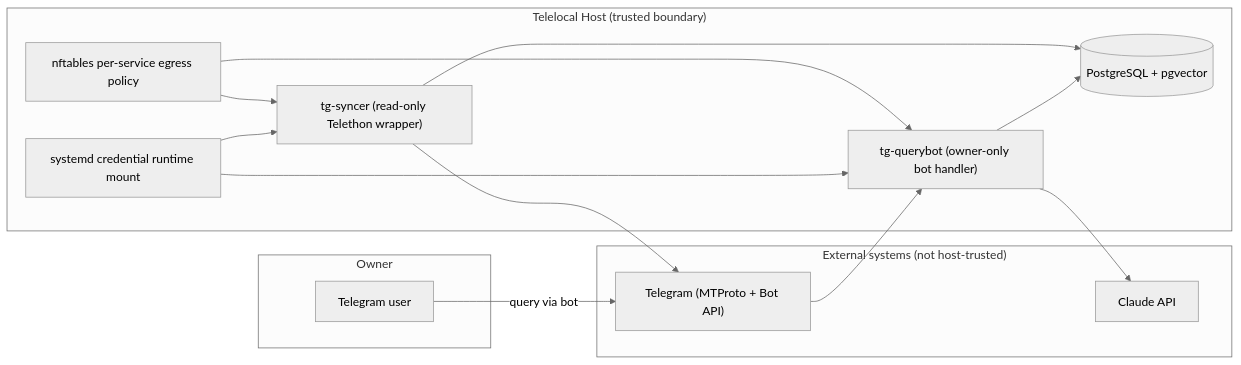
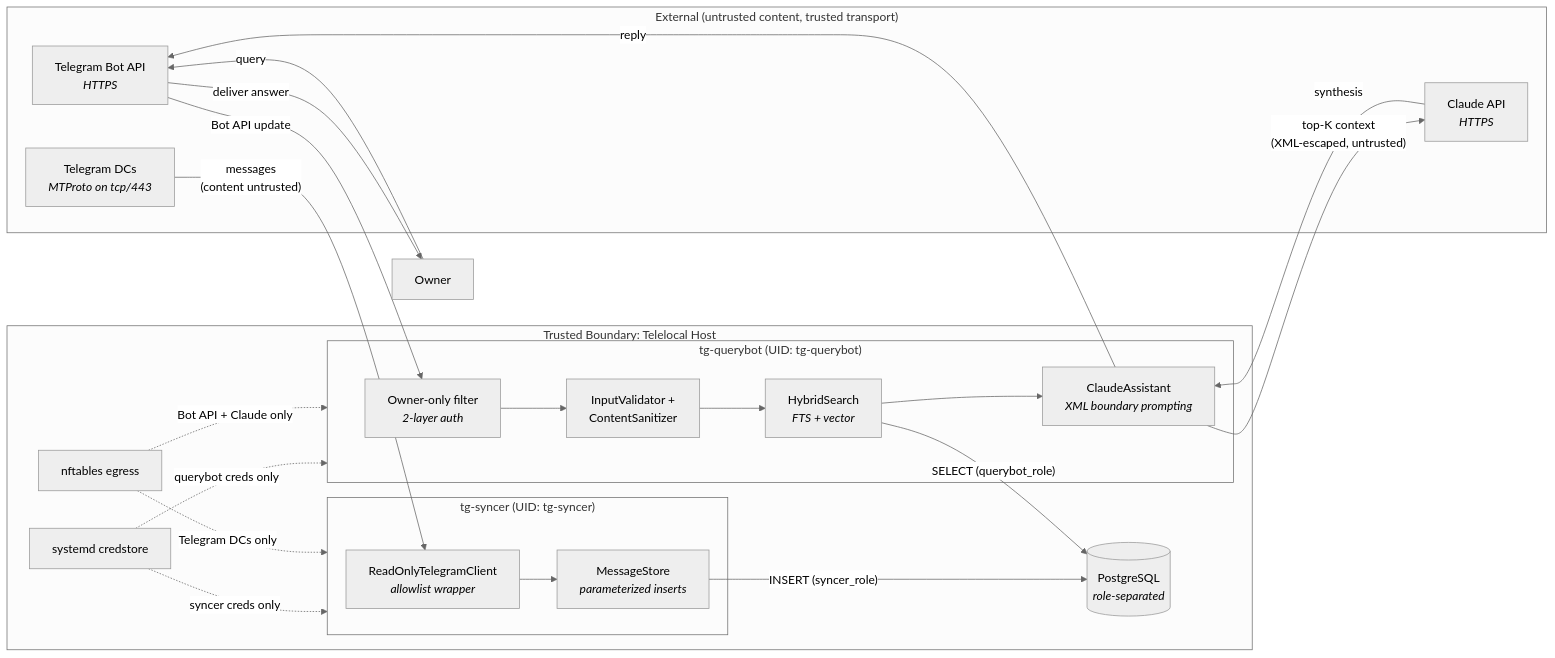
One commit to obheda12/telelocal changed the first of 7 diagrams in tg-assistant/docs/SECURITY_MODEL.md. Above: the diagram before and after it, drawn with Mermaid (neutral theme). The commit also changed other lines of this file, not shown here.

First line of the commit message:
Rewrite security threat model with architectural depth and structural improvements

````diff
--- a/tg-assistant/docs/SECURITY_MODEL.md
+++ b/tg-assistant/docs/SECURITY_MODEL.md
@@ -107,30 +131,46 @@
 ```mermaid
 flowchart LR
-    subgraph Owner["Owner"]
-        U["Telegram user"]
+    subgraph EXTERNAL["External (untrusted content, trusted transport)"]
+        TG_DC["Telegram DCs<br/><i>MTProto on tcp/443</i>"]
+        TG_BOT["Telegram Bot API<br/><i>HTTPS</i>"]
+        CLAUDE["Claude API<br/><i>HTTPS</i>"]
     end
 
-    subgraph Host["Telelocal Host (trusted boundary)"]
-        S["tg-syncer (read-only Telethon wrapper)"]
-        Q["tg-querybot (owner-only bot handler)"]
-        DB[("PostgreSQL + pgvector")]
-        CRED["systemd credential runtime mount"]
-        NFT["nftables per-service egress policy"]
+    subgraph HOST["Trusted Boundary: Telelocal Host"]
+        subgraph SYNCER["tg-syncer (UID: tg-syncer)"]
+            RO["ReadOnlyTelegramClient<br/><i>allowlist wrapper</i>"]
+            STORE["MessageStore<br/><i>parameterized inserts</i>"]
+        end
+
+        subgraph QUERYBOT["tg-querybot (UID: tg-querybot)"]
+            FILTER["Owner-only filter<br/><i>2-layer auth</i>"]
+            SAFETY["InputValidator +<br/>ContentSanitizer"]
+            SEARCH["HybridSearch<br/><i>FTS + vector</i>"]
+            LLM["ClaudeAssistant<br/><i>XML boundary prompting</i>"]
+        end
+
+        DB[("PostgreSQL<br/><i>role-separated</i>")]
+        CRED["systemd credstore"]
+        NFT["nftables egress"]
     end
 
-    subgraph External["External systems (not host-trusted)"]
-        TG["Telegram (MTProto + Bot API)"]
-        CL["Claude API"]
-    end
+    U["Owner"] -->|"query"| TG_BOT
 
-    U -->|"query via bot"| TG
-    TG --> Q
-    Q --> DB
-    Q --> CL
-    S --> TG
-    S --> DB
-    CRED --> S
-    CRED --> Q
-    NFT --> S
-    NFT --> Q
+    TG_DC -->|"messages<br/>(content untrusted)"| RO
+    RO --> STORE
+    STORE -->|"INSERT (syncer_role)"| DB
+
+    TG_BOT -->|"Bot API update"| FILTER
+    FILTER --> SAFETY --> SEARCH
+    SEARCH -->|"SELECT (querybot_role)"| DB
+    SEARCH --> LLM
+    LLM -->|"top-K context<br/>(XML-escaped, untrusted)"| CLAUDE
+    CLAUDE -->|"synthesis"| LLM
+    LLM -->|"reply"| TG_BOT
+    TG_BOT -->|"deliver answer"| U
+
+    CRED -.->|"syncer creds only"| SYNCER
+    CRED -.->|"querybot creds only"| QUERYBOT
+    NFT -.->|"Telegram DCs only"| SYNCER
+    NFT -.->|"Bot API + Claude only"| QUERYBOT
 ```
````
